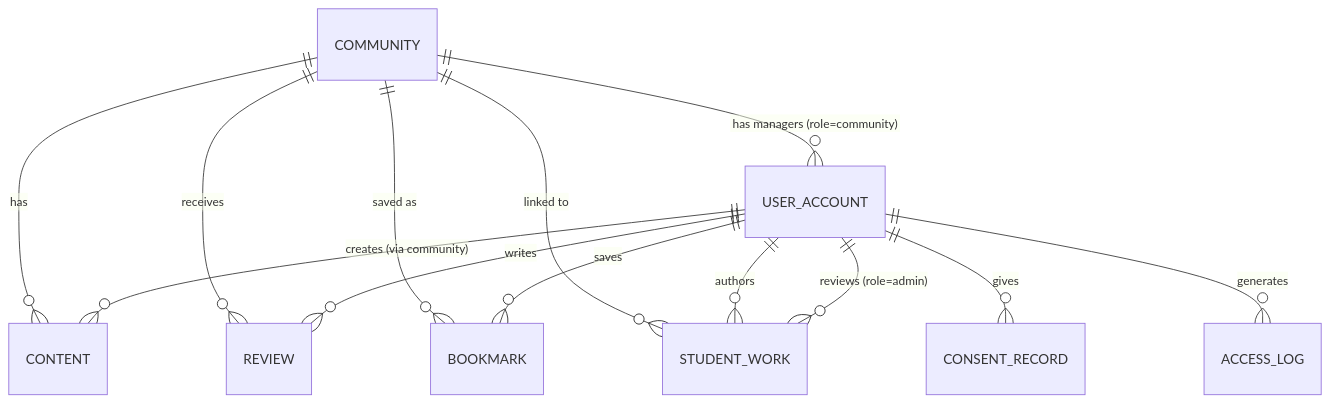
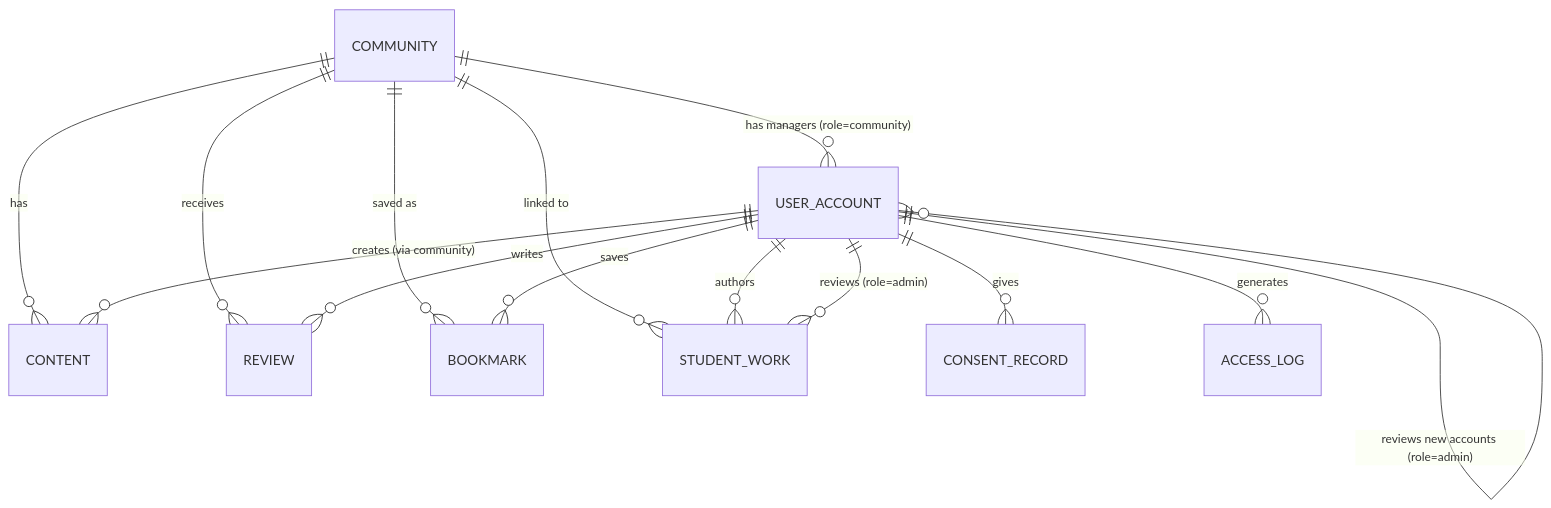
One commit to b5810202241-cpu/Local-Story-Hub changed the fifth of 5 diagrams in docs/02-design/02-technical/architecture.md. Above: the diagram before and after it, drawn with Mermaid. The commit also changed other lines of this file and 2 other files, not shown here.

First line of the commit message:
Design account registration/approval flow in architecture.md and ACL.md

````diff
--- a/docs/02-design/02-technical/architecture.md
+++ b/docs/02-design/02-technical/architecture.md
@@ -75,15 +92,16 @@
 ```mermaid
 erDiagram
   COMMUNITY ||--o{ USER_ACCOUNT : "has managers (role=community)"
   COMMUNITY ||--o{ CONTENT : has
   COMMUNITY ||--o{ REVIEW : receives
   COMMUNITY ||--o{ BOOKMARK : "saved as"
   COMMUNITY ||--o{ STUDENT_WORK : "linked to"
   USER_ACCOUNT ||--o{ CONTENT : "creates (via community)"
   USER_ACCOUNT ||--o{ REVIEW : writes
   USER_ACCOUNT ||--o{ BOOKMARK : saves
   USER_ACCOUNT ||--o{ STUDENT_WORK : authors
   USER_ACCOUNT ||--o{ CONSENT_RECORD : gives
   USER_ACCOUNT ||--o{ ACCESS_LOG : generates
   USER_ACCOUNT ||--o{ STUDENT_WORK : "reviews (role=admin)"
+  USER_ACCOUNT ||--o{ USER_ACCOUNT : "reviews new accounts (role=admin)"
 ```
````
